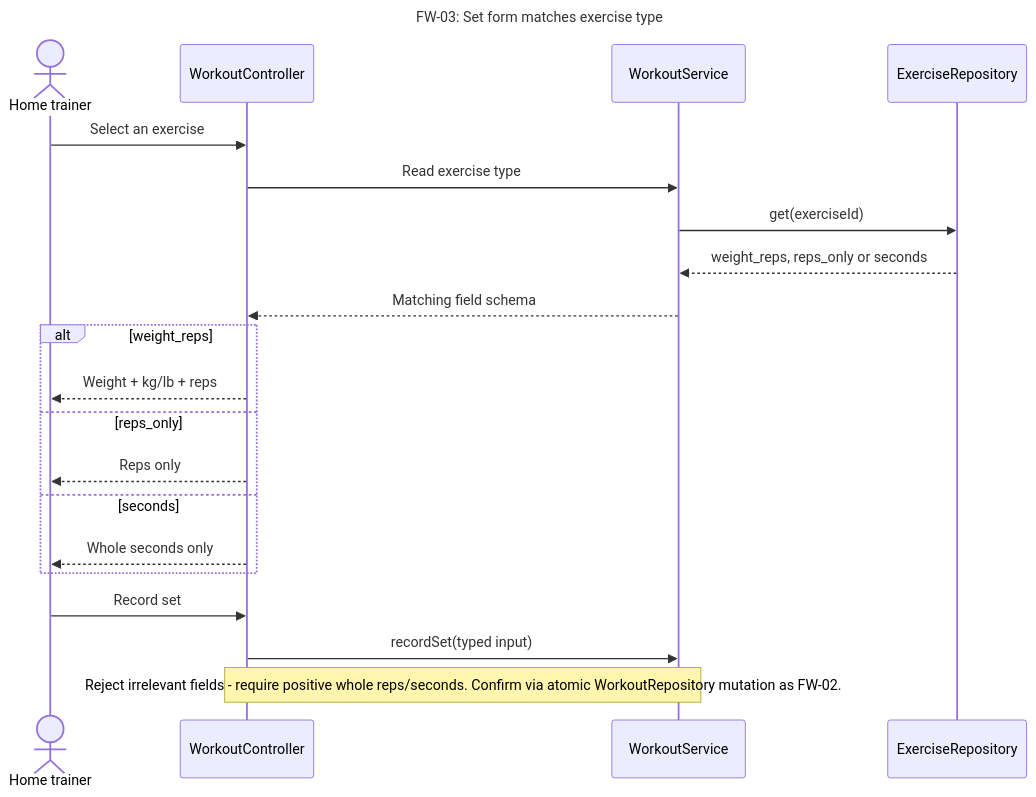
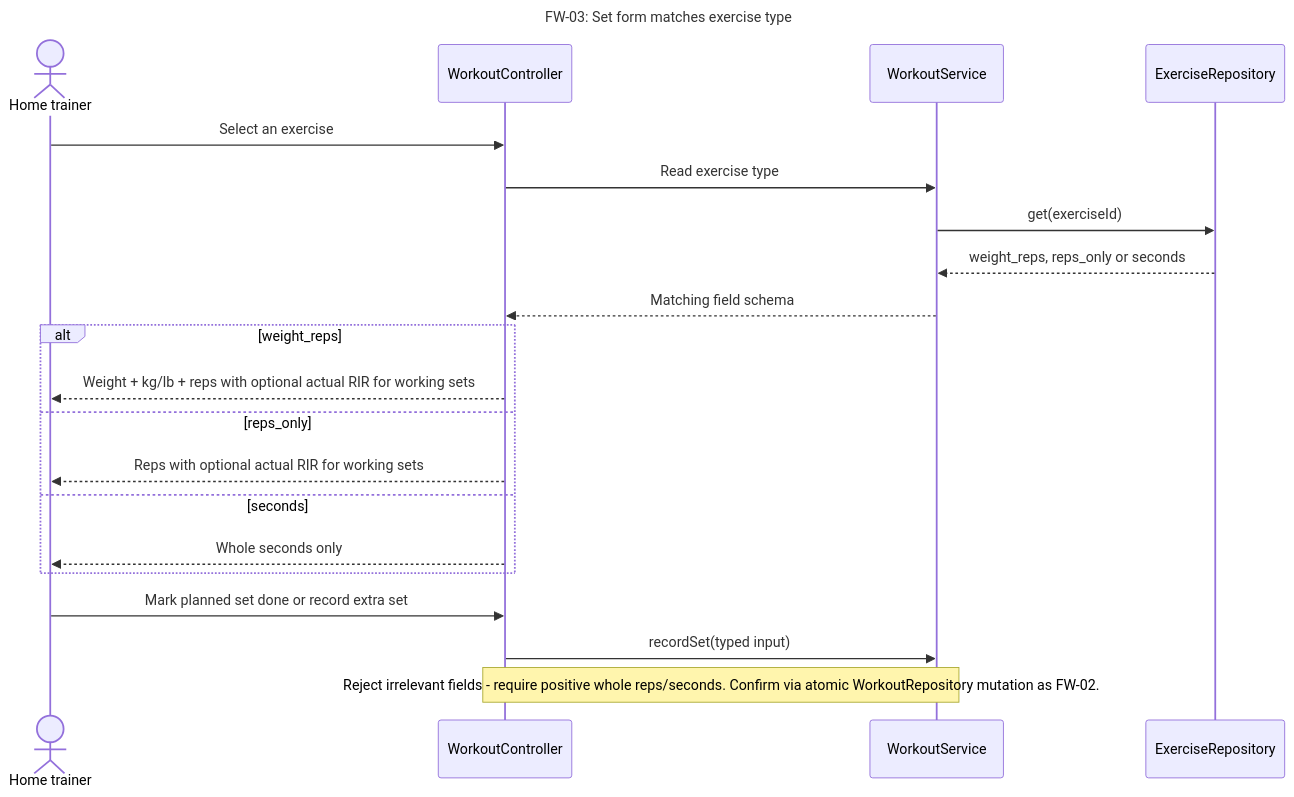
The diagram in docs/part2/design/diagrams/sequence/FW-03.mmd (SebasLopez2005/SWEProject1), drawn with Mermaid before and after one commit. The commit also changed 47 other files, not shown here.

```diff
--- a/docs/part2/design/diagrams/sequence/FW-03.mmd
+++ b/docs/part2/design/diagrams/sequence/FW-03.mmd
@@ -1,21 +1,21 @@
 sequenceDiagram
     title FW-03: Set form matches exercise type
     actor U as Home trainer
     participant C as WorkoutController
     participant S as WorkoutService
     participant R as ExerciseRepository
     U->>C: Select an exercise
     C->>S: Read exercise type
     S->>R: get(exerciseId)
     R-->>S: weight_reps, reps_only or seconds
     S-->>C: Matching field schema
     alt weight_reps
-     C-->>U: Weight + kg/lb + reps
+     C-->>U: Weight + kg/lb + reps with optional actual RIR for working sets
     else reps_only
-     C-->>U: Reps only
+     C-->>U: Reps with optional actual RIR for working sets
     else seconds
      C-->>U: Whole seconds only
     end
-    U->>C: Record set
+    U->>C: Mark planned set done or record extra set
     C->>S: recordSet(typed input)
     Note over C,S: Reject irrelevant fields -  require positive whole reps/seconds. Confirm via atomic WorkoutRepository mutation as FW-02.
```
